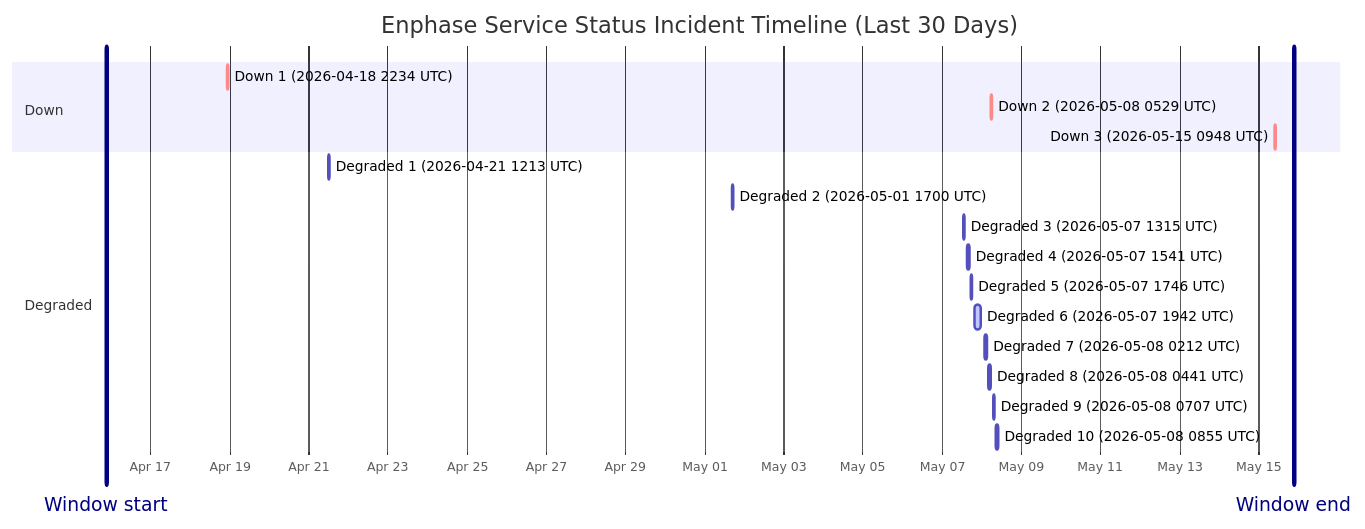
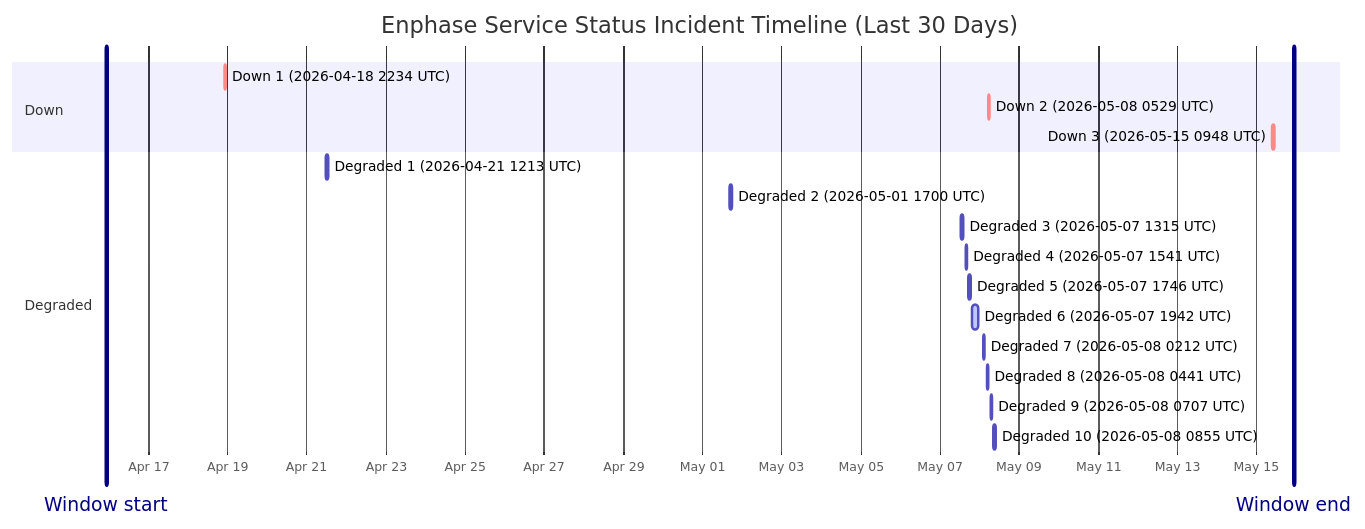
One commit to barneyonline/ha-enphase-ev-charger changed the diagram in wiki/Service-Status-History.md. Above: the diagram before and after it, drawn with Mermaid. The commit also changed other lines of this file and 3 other files, not shown here.

````diff
--- a/wiki/Service-Status-History.md
+++ b/wiki/Service-Status-History.md
@@ -14,23 +14,23 @@
 ```mermaid
 gantt
     title Enphase Service Status Incident Timeline (Last 30 Days)
     dateFormat  YYYY-MM-DDTHH:mm:ss
     axisFormat  %b %d
-    Window start :vert, window-start, 2026-04-15T21:15:11, 0ms
-    Window end :vert, window-end, 2026-05-15T21:15:11, 0ms
+    Window start :vert, window-start, 2026-04-15T22:29:31, 0ms
+    Window end :vert, window-end, 2026-05-15T22:29:31, 0ms
     section Down
     Down 1 (2026-04-18 2234 UTC) :crit, down-1, 2026-04-18T22:34:13, 60m
     Down 2 (2026-05-08 0529 UTC) :crit, down-2, 2026-05-08T05:29:47, 60m
     Down 3 (2026-05-15 0948 UTC) :crit, down-3, 2026-05-15T09:48:18, 60m
     section Degraded
     Degraded 1 (2026-04-21 1213 UTC) :active, degraded-1, 2026-04-21T12:13:11, 60m
     Degraded 2 (2026-05-01 1700 UTC) :active, degraded-2, 2026-05-01T17:00:22, 60m
     Degraded 3 (2026-05-07 1315 UTC) :active, degraded-3, 2026-05-07T13:15:25, 60m
     Degraded 4 (2026-05-07 1541 UTC) :active, degraded-4, 2026-05-07T15:41:58, 60m
     Degraded 5 (2026-05-07 1746 UTC) :active, degraded-5, 2026-05-07T17:46:51, 60m
     Degraded 6 (2026-05-07 1942 UTC) :active, degraded-6, 2026-05-07T19:42:10, 249m
     Degraded 7 (2026-05-08 0212 UTC) :active, degraded-7, 2026-05-08T02:12:39, 60m
     Degraded 8 (2026-05-08 0441 UTC) :active, degraded-8, 2026-05-08T04:41:46, 60m
     Degraded 9 (2026-05-08 0707 UTC) :active, degraded-9, 2026-05-08T07:07:30, 60m
     Degraded 10 (2026-05-08 0855 UTC) :active, degraded-10, 2026-05-08T08:55:20, 88m
 ```
````
